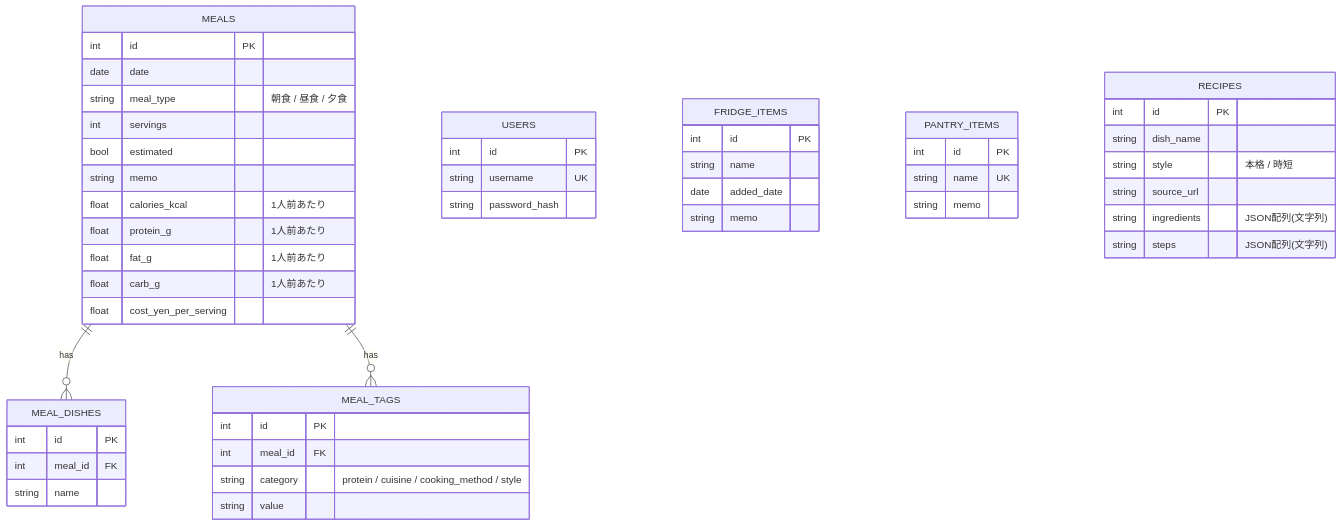
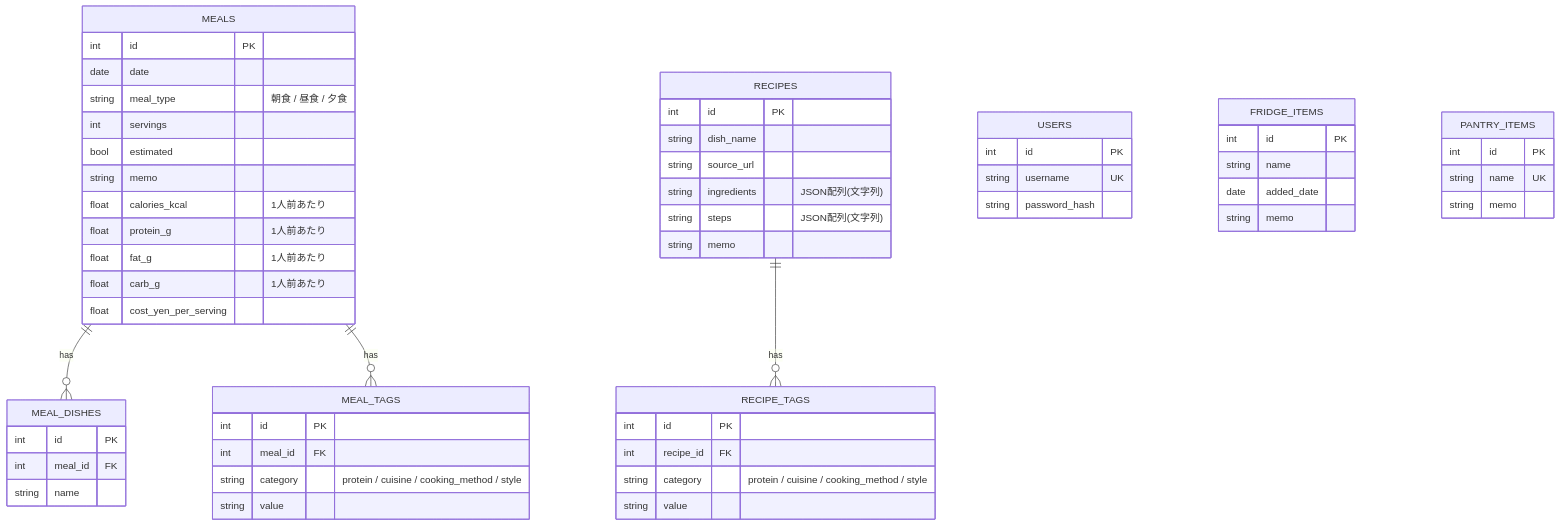
One commit to Kedama515/mogumi changed the diagram in backend/docs/data-model.md. Above: the diagram before and after it, drawn with Mermaid. The commit also changed other lines of this file and 16 other files, not shown here.

````diff
--- a/backend/docs/data-model.md
+++ b/backend/docs/data-model.md
@@ -7,60 +7,68 @@
 ```mermaid
 erDiagram
     MEALS ||--o{ MEAL_DISHES : "has"
     MEALS ||--o{ MEAL_TAGS : "has"
+    RECIPES ||--o{ RECIPE_TAGS : "has"
 
     USERS {
         int id PK
         string username UK
         string password_hash
     }
 
     FRIDGE_ITEMS {
         int id PK
         string name
         date added_date
         string memo
     }
 
     PANTRY_ITEMS {
         int id PK
         string name UK
         string memo
     }
 
     MEALS {
         int id PK
         date date
         string meal_type "朝食 / 昼食 / 夕食"
         int servings
         bool estimated
         string memo
         float calories_kcal "1人前あたり"
         float protein_g "1人前あたり"
         float fat_g "1人前あたり"
         float carb_g "1人前あたり"
         float cost_yen_per_serving
     }
 
     MEAL_DISHES {
         int id PK
         int meal_id FK
         string name
     }
 
     MEAL_TAGS {
         int id PK
         int meal_id FK
         string category "protein / cuisine / cooking_method / style"
         string value
     }
 
     RECIPES {
         int id PK
         string dish_name
-        string style "本格 / 時短"
         string source_url
         string ingredients "JSON配列(文字列)"
         string steps "JSON配列(文字列)"
+        string memo
+    }
+
+    RECIPE_TAGS {
+        int id PK
+        int recipe_id FK
+        string category "protein / cuisine / cooking_method / style"
+        string value
     }
 ```
````
